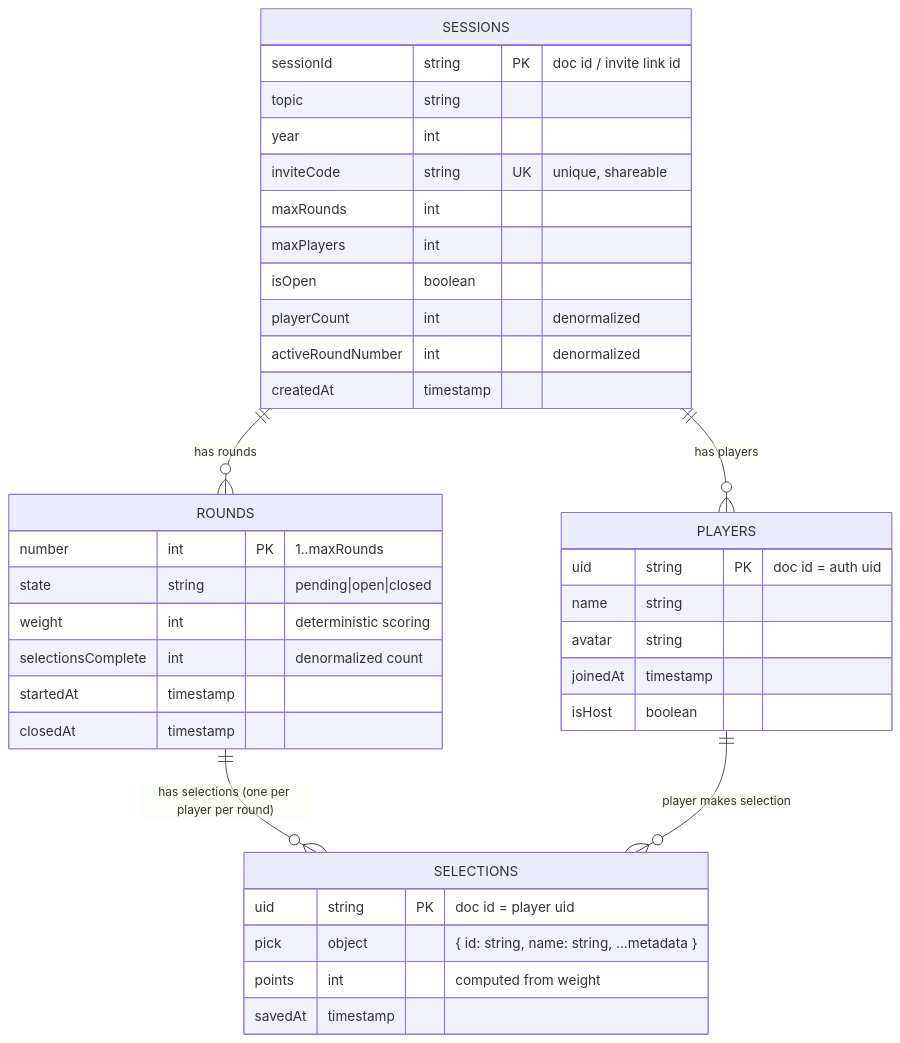
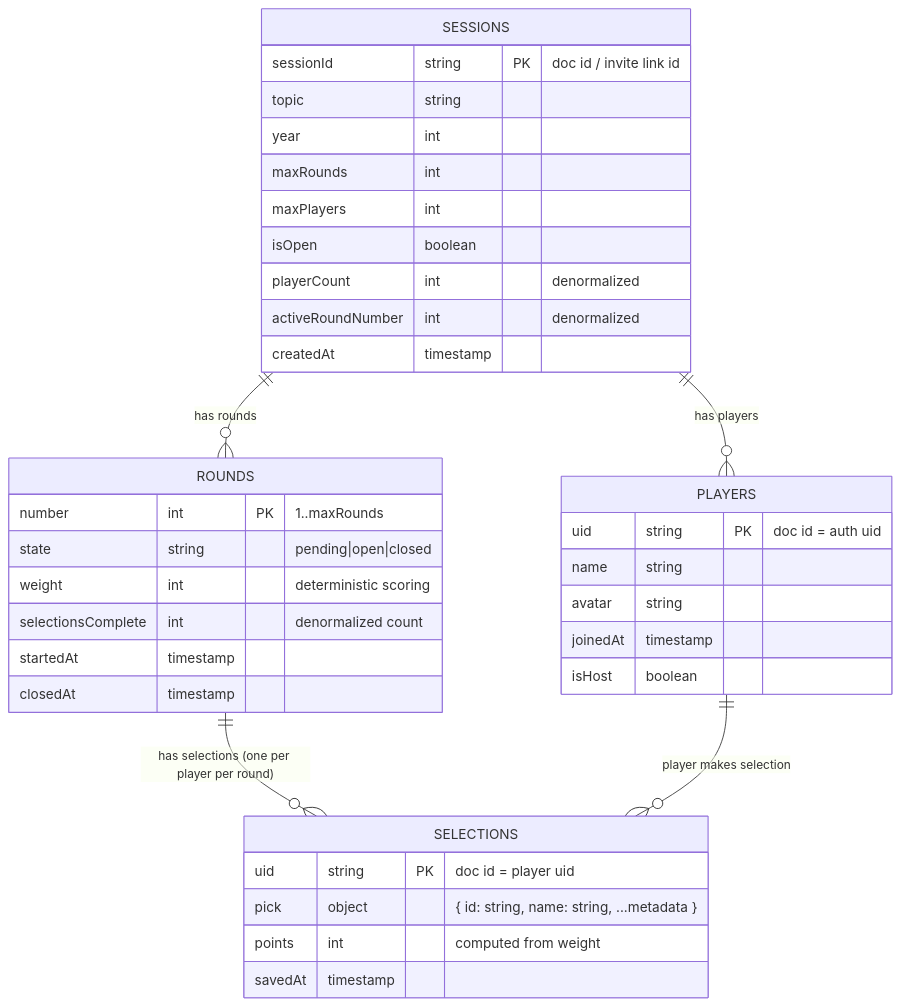
One commit to ryanseery/what-of-the-year changed the diagram in docs/schema.md. Above: the diagram before and after it, drawn with Mermaid. The commit also changed other lines of this file and 6 other files, not shown here.

````diff
--- a/docs/schema.md
+++ b/docs/schema.md
@@ -3,44 +3,43 @@
 ```mermaid
 erDiagram
   SESSIONS {
     sessionId string PK "doc id / invite link id"
     topic string
     year int
-    inviteCode string UK "unique, shareable"
     maxRounds int
     maxPlayers int
     isOpen boolean
     playerCount int "denormalized"
     activeRoundNumber int "denormalized"
     createdAt timestamp
   }
 
   PLAYERS {
     uid string PK "doc id = auth uid"
     name string
     avatar string
     joinedAt timestamp
     isHost boolean
   }
 
   ROUNDS {
     number int PK "1..maxRounds"
     state string "pending|open|closed"
     weight int "deterministic scoring"
     selectionsComplete int "denormalized count"
     startedAt timestamp
     closedAt timestamp
   }
 
   SELECTIONS {
     uid string PK "doc id = player uid"
     pick object "{ id: string, name: string, ...metadata }"
     points int "computed from weight"
     savedAt timestamp
   }
 
   SESSIONS ||--o{ PLAYERS : "has players"
   SESSIONS ||--o{ ROUNDS : "has rounds"
   ROUNDS ||--o{ SELECTIONS : "has selections (one per player per round)"
   PLAYERS ||--o{ SELECTIONS : "player makes selection"
 ```
````
